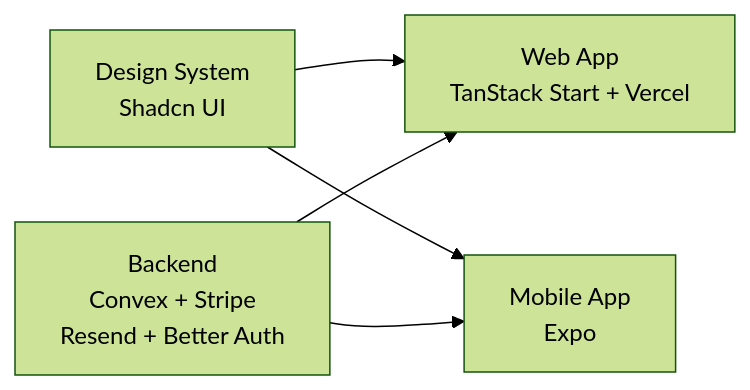
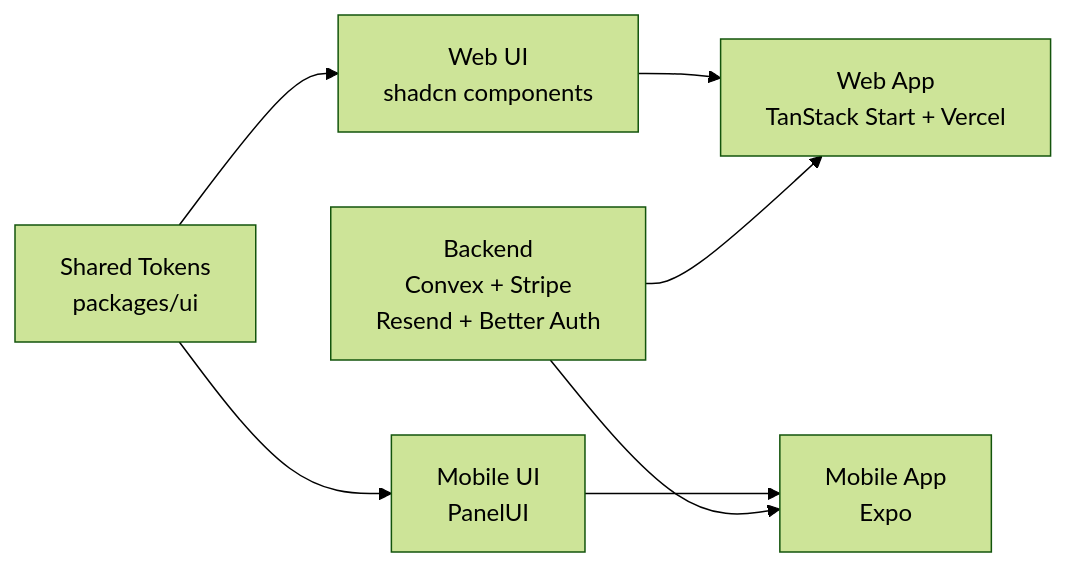
Before and after one commit to san-devistan/template: the first of 2 diagrams in README.md, drawn with Mermaid (forest theme). The commit also changed other lines of this file and 363 other files, not shown here.

````diff
--- a/README.md
+++ b/README.md
@@ -3,12 +3,14 @@
 ```mermaid
 flowchart LR
   Web["Web App<br/>TanStack Start + Vercel"]
   Mobile["Mobile App<br/>Expo"]
   Backend["Backend<br/>Convex + Stripe<br/>Resend + Better Auth"]
-  UI["Design System<br/>Shadcn UI"]
+  Tokens["Shared Tokens<br/>packages/ui"]
+  WebUI["Web UI<br/>shadcn components"]
+  MobileUI["Mobile UI<br/>PanelUI"]
 
-  UI --> Web
-  UI --> Mobile
+  Tokens --> WebUI --> Web
+  Tokens --> MobileUI --> Mobile
   Backend --> Web
   Backend --> Mobile
 ```
````
